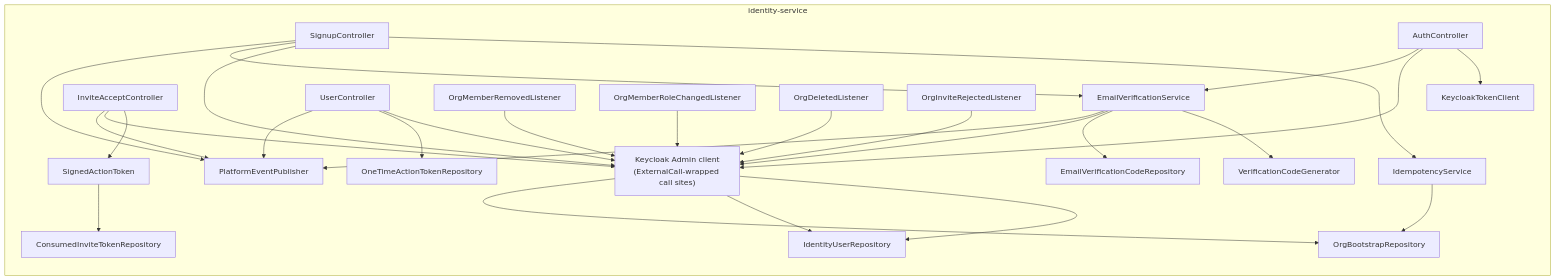
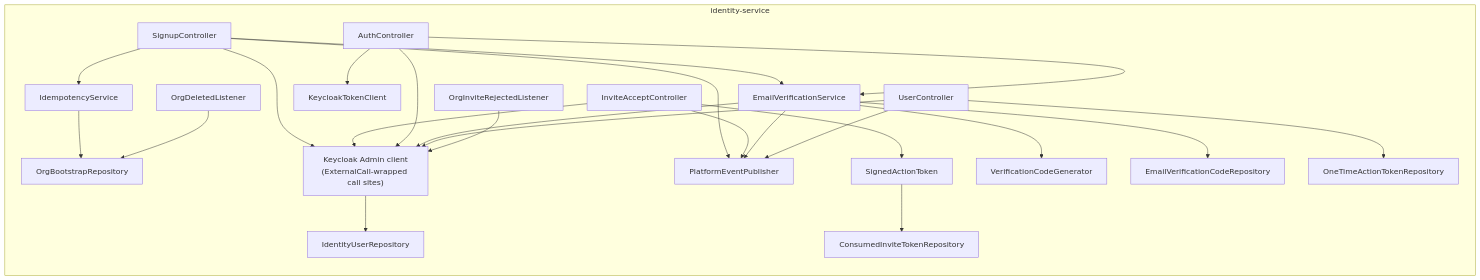
The eighth of 8 diagrams in docs/identity-service/ARCHITECTURE.md (Wamitinewton/Pallet.io), drawn with Mermaid before and after one commit. The commit also changed other lines of this file and 51 other files, not shown here.

````diff
--- a/docs/identity-service/ARCHITECTURE.md
+++ b/docs/identity-service/ARCHITECTURE.md
@@ -790,48 +828,44 @@
 ```mermaid
 flowchart TB
     subgraph IdentitySvc["identity-service"]
         direction TB
         SC[SignupController]
         IC[InviteAcceptController]
         AC[AuthController]
         UC[UserController]
         Idem[IdempotencyService]
         Tok[SignedActionToken]
         Ver[EmailVerificationService]
         Gen[VerificationCodeGenerator]
         KCAdmin["Keycloak Admin client<br/>(ExternalCall-wrapped call sites)"]
         KCToken[KeycloakTokenClient]
-        L1[OrgMemberRemovedListener]
-        L2[OrgMemberRoleChangedListener]
         L3[OrgDeletedListener]
         L4[OrgInviteRejectedListener]
         Repo1[OrgBootstrapRepository]
         Repo2[IdentityUserRepository]
         Repo3[OneTimeActionTokenRepository]
         Repo4[ConsumedInviteTokenRepository]
         Repo5[EmailVerificationCodeRepository]
         Pub[PlatformEventPublisher]
     end
 
     SC --> Idem --> Repo1
     SC --> KCAdmin --> Repo2
     SC --> Ver
     SC --> Pub
     IC --> Tok --> Repo4
     IC --> KCAdmin
     IC --> Pub
     AC --> KCToken
     AC --> KCAdmin
     AC --> Ver
     Ver --> Gen
     Ver --> Repo5
     Ver --> KCAdmin
     Ver --> Pub
     UC --> KCAdmin
     UC --> Repo3
     UC --> Pub
-    L1 --> KCAdmin --> Repo2
-    L2 --> KCAdmin
-    L3 --> KCAdmin --> Repo1
+    L3 --> Repo1
     L4 --> KCAdmin
 ```
````
